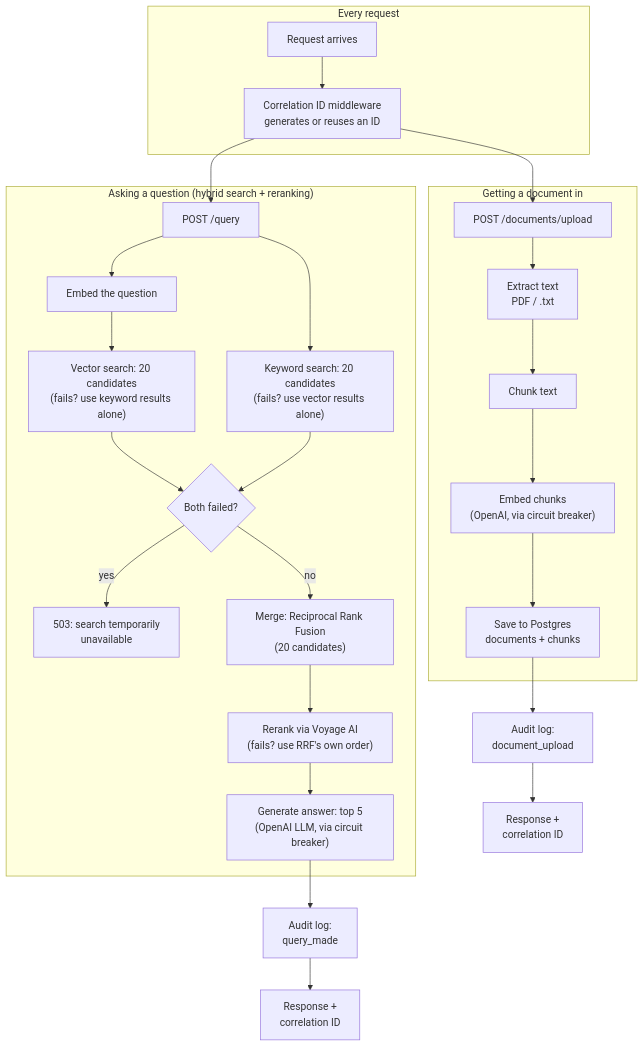
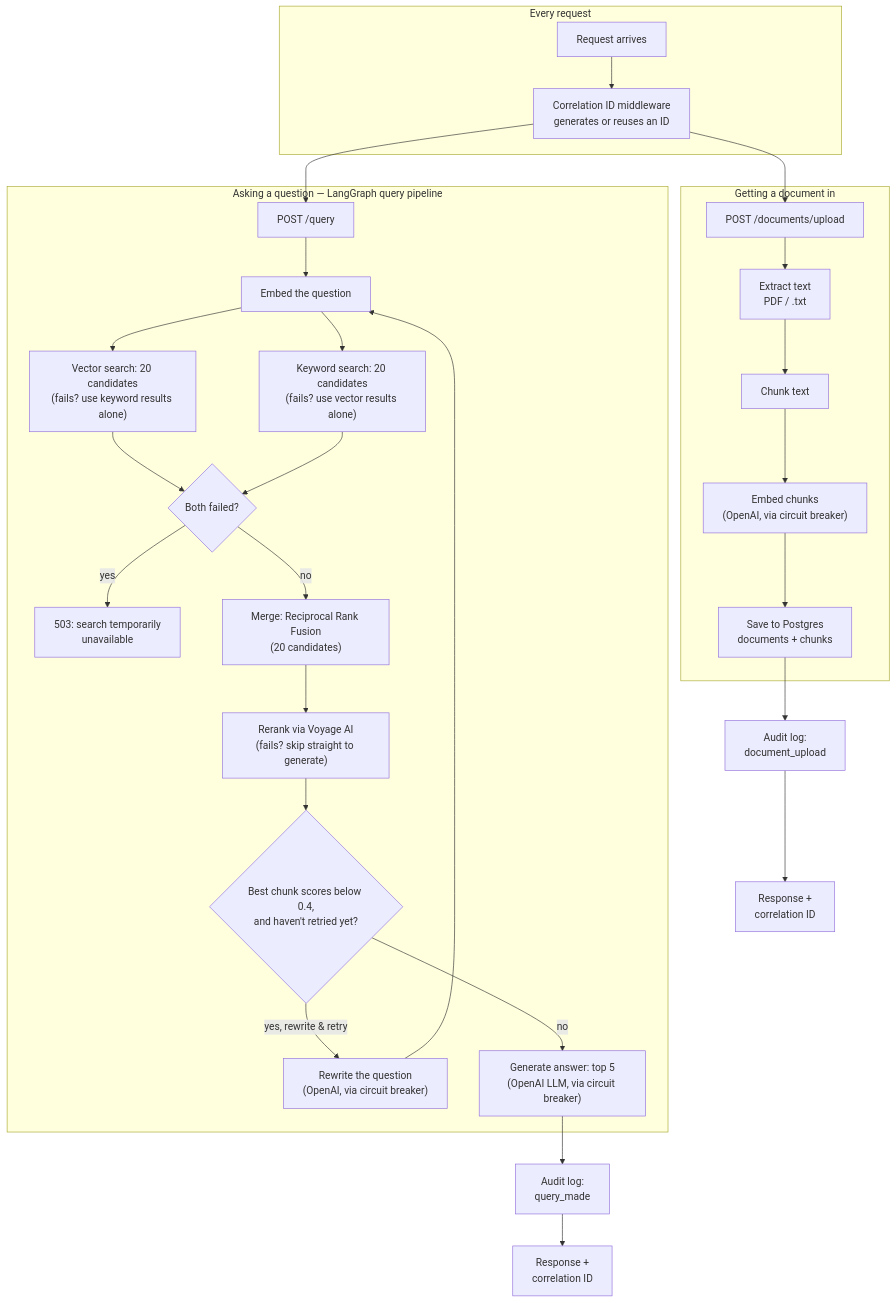
One commit to NavdeepTU/genai_projects changed the first of 2 diagrams in knowledge-brain/docs/ARCHITECTURE.md. Above: the diagram before and after it, drawn with Mermaid. The commit also changed other lines of this file and 16 other files, not shown here.

First line of the commit message:
Add LangGraph query pipeline (Feature 5) with relevance-gated retry; finish test suite setup

````diff
--- a/knowledge-brain/docs/ARCHITECTURE.md
+++ b/knowledge-brain/docs/ARCHITECTURE.md
@@ -18,34 +21,37 @@
 ```mermaid
 flowchart TD
     subgraph mw["Every request"]
         REQ[Request arrives] --> CID[Correlation ID middleware<br/>generates or reuses an ID]
     end
 
     CID --> UP[POST /documents/upload]
     CID --> Q[POST /query]
 
     subgraph ingest["Getting a document in"]
         UP --> EXTRACT[Extract text<br/>PDF / .txt]
         EXTRACT --> CHUNK[Chunk text]
         CHUNK --> EMBED["Embed chunks<br/>(OpenAI, via circuit breaker)"]
         EMBED --> SAVE[Save to Postgres<br/>documents + chunks]
     end
 
-    subgraph retrieve["Asking a question (hybrid search + reranking)"]
+    subgraph retrieve["Asking a question — LangGraph query pipeline"]
         Q --> QEMBED[Embed the question]
         QEMBED --> VEC["Vector search: 20 candidates<br/>(fails? use keyword results alone)"]
-        Q --> KW["Keyword search: 20 candidates<br/>(fails? use vector results alone)"]
+        QEMBED --> KW["Keyword search: 20 candidates<br/>(fails? use vector results alone)"]
         VEC --> BOTH{Both failed?}
         KW --> BOTH
         BOTH -->|yes| ERR[503: search temporarily<br/>unavailable]
         BOTH -->|no| RRF["Merge: Reciprocal Rank Fusion<br/>(20 candidates)"]
-        RRF --> RERANK["Rerank via Voyage AI<br/>(fails? use RRF's own order)"]
-        RERANK --> GEN["Generate answer: top 5<br/>(OpenAI LLM, via circuit breaker)"]
+        RRF --> RERANK["Rerank via Voyage AI<br/>(fails? skip straight to generate)"]
+        RERANK --> CHECK{Best chunk scores below 0.4,<br/>and haven't retried yet?}
+        CHECK -->|yes, rewrite & retry| REWRITE["Rewrite the question<br/>(OpenAI, via circuit breaker)"]
+        REWRITE --> QEMBED
+        CHECK -->|no| GEN["Generate answer: top 5<br/>(OpenAI LLM, via circuit breaker)"]
     end
 
     SAVE --> AUDIT1[Audit log:<br/>document_upload]
     GEN --> AUDIT2[Audit log:<br/>query_made]
 
     AUDIT1 --> RESP1[Response +<br/>correlation ID]
     AUDIT2 --> RESP2[Response +<br/>correlation ID]
 ```
````
